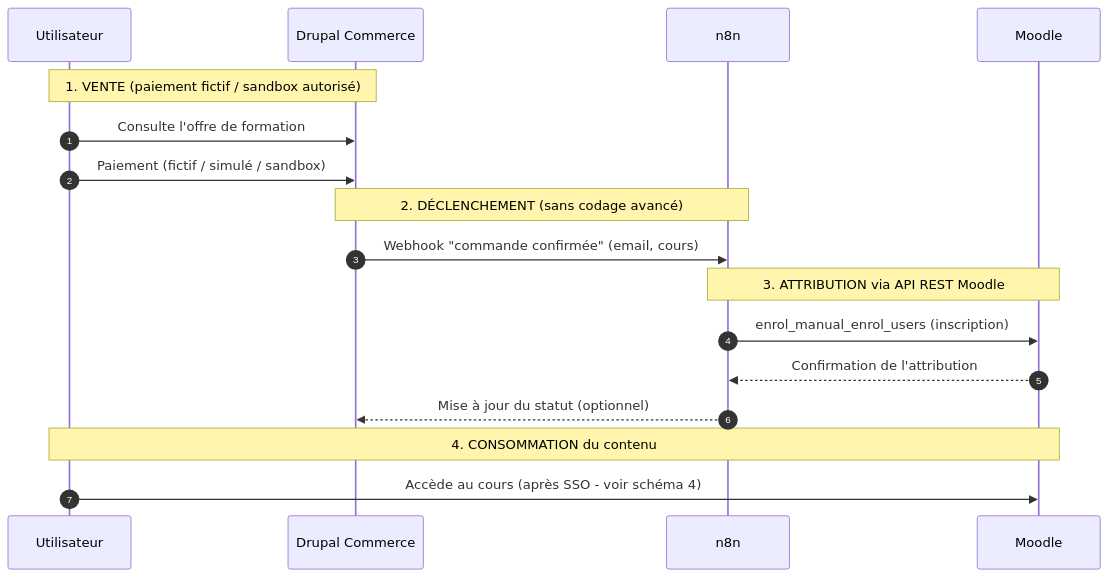
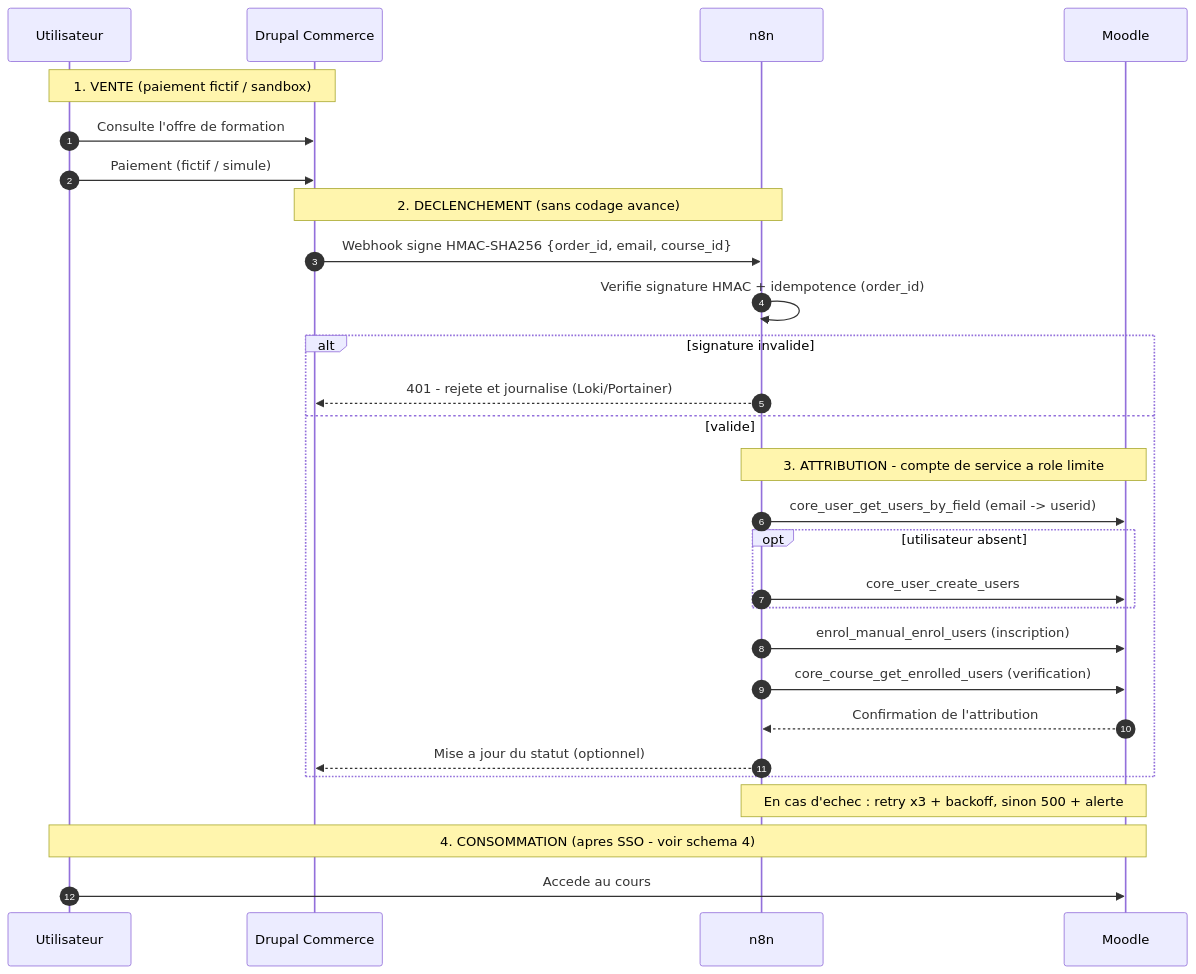
Before and after one commit to 20GHhub19/CR465-travail-de-session: the diagram in docs/architecture/03-sequence-integration.md, drawn with Mermaid. The commit also changed other lines of this file and 1 other file, not shown here.

Commit message:
Modification README + ajout schema

````diff
--- a/docs/architecture/03-sequence-integration.md
+++ b/docs/architecture/03-sequence-integration.md
@@ -6,28 +8,35 @@
 ```mermaid
-%% ============================================================
-%% Schéma 3 - Séquence d'intégration Drupal -> n8n -> Moodle
-%% Flux d'attribution d'accès après achat (paiement sandbox OK)
-%% Les "Note over" expliquent chaque phase (visibles au rendu)
-%% ============================================================
+%% Schéma 3 - Séquence d'intégration (durcie)
 sequenceDiagram
     autonumber
     participant U as Utilisateur
     participant D as Drupal Commerce
     participant N as n8n
     participant M as Moodle
-
-    Note over U,D: 1. VENTE (paiement fictif / sandbox autorisé)
+ 
+    Note over U,D: 1. VENTE (paiement fictif / sandbox)
     U->>D: Consulte l'offre de formation
-    U->>D: Paiement (fictif / simulé / sandbox)
-
-    Note over D,N: 2. DÉCLENCHEMENT (sans codage avancé)
-    D->>N: Webhook "commande confirmée" (email, cours)
-
-    Note over N,M: 3. ATTRIBUTION via API REST Moodle
-    N->>M: enrol_manual_enrol_users (inscription)
-    M-->>N: Confirmation de l'attribution
-    N-->>D: Mise à jour du statut (optionnel)
-
-    Note over U,M: 4. CONSOMMATION du contenu
-    U->>M: Accède au cours (après SSO - voir schéma 4)
+    U->>D: Paiement (fictif / simule)
+ 
+    Note over D,N: 2. DECLENCHEMENT (sans codage avance)
+    D->>N: Webhook signe HMAC-SHA256 {order_id, email, course_id}
+    N->>N: Verifie signature HMAC + idempotence (order_id)
+ 
+    alt signature invalide
+        N-->>D: 401 - rejete et journalise (Loki/Portainer)
+    else valide
+        Note over N,M: 3. ATTRIBUTION - compte de service a role limite
+        N->>M: core_user_get_users_by_field (email -> userid)
+        opt utilisateur absent
+            N->>M: core_user_create_users
+        end
+        N->>M: enrol_manual_enrol_users (inscription)
+        N->>M: core_course_get_enrolled_users (verification)
+        M-->>N: Confirmation de l'attribution
+        N-->>D: Mise a jour du statut (optionnel)
+    end
+ 
+    Note over N,M: En cas d'echec : retry x3 + backoff, sinon 500 + alerte
+    Note over U,M: 4. CONSOMMATION (apres SSO - voir schema 4)
+    U->>M: Accede au cours
 ```
````
